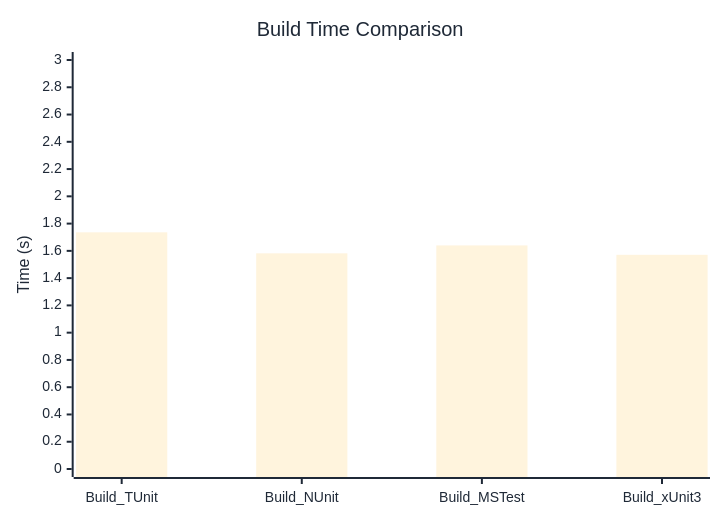
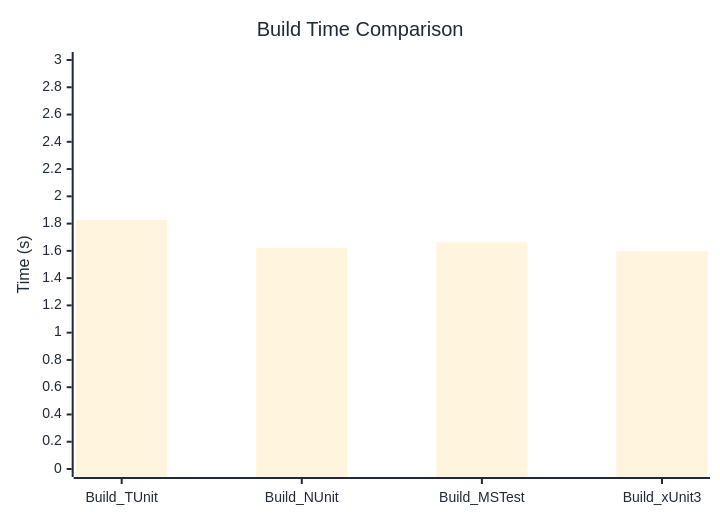
Before and after one commit to thomhurst/TUnit: the diagram in docs/docs/benchmarks/BuildTime.md, drawn with Mermaid. The commit also changed other lines of this file and 17 other files, not shown here.

````diff
--- a/docs/docs/benchmarks/BuildTime.md
+++ b/docs/docs/benchmarks/BuildTime.md
@@ -28,37 +28,37 @@
 ```mermaid
 %%{init: {
   'theme':'base',
   'themeVariables': {
     'primaryColor': '#2563eb',
     'primaryTextColor': '#1f2937',
     'primaryBorderColor': '#1e40af',
     'lineColor': '#6b7280',
     'secondaryColor': '#7c3aed',
     'tertiaryColor': '#dc2626',
     'background': '#ffffff',
     'mainBkg': '#2563eb',
     'secondBkg': '#7c3aed',
     'tertiaryBkg': '#dc2626',
     'clusterBkg': '#f3f4f6',
     'edgeLabelBackground': '#ffffff',
     'tertiaryTextColor': '#1f2937',
     'pie1': '#2563eb',
     'pie2': '#7c3aed',
     'pie3': '#dc2626',
     'pie4': '#f59e0b',
     'pie5': '#10b981',
     'pie6': '#06b6d4',
     'pie7': '#ec4899',
     'pie8': '#6366f1',
     'pie9': '#84cc16',
     'pie10': '#f97316',
     'pie11': '#14b8a6',
     'pie12': '#a855f7'
   }
 }}%%
 xychart-beta
   title "Build Time Comparison"
   x-axis ["Build_TUnit", "Build_NUnit", "Build_MSTest", "Build_xUnit3"]
   y-axis "Time (s)" 0 --> 3
-  bar [1.736, 1.582, 1.64, 1.571]
+  bar [1.827, 1.62, 1.664, 1.596]
 ```
````
